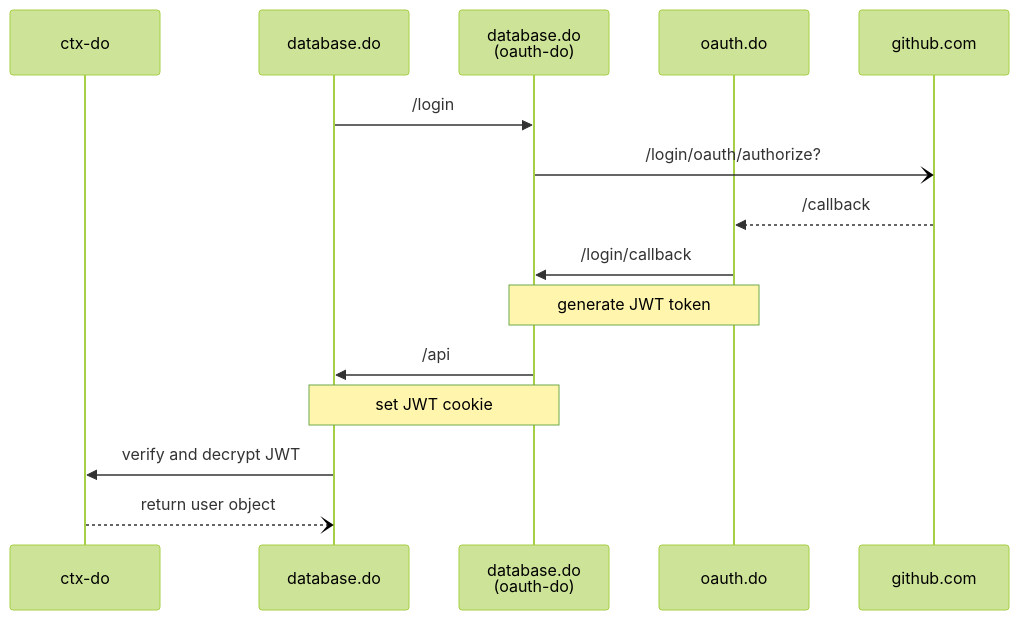
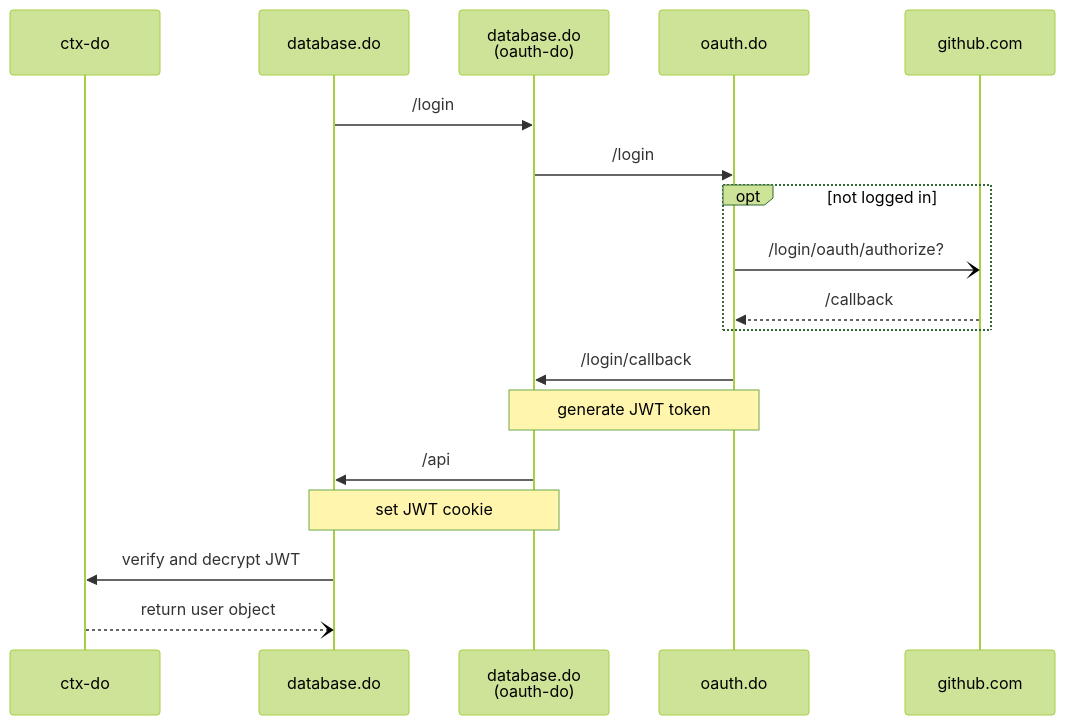
Before and after one commit to drivly/oauth.do: the diagram in README.md, drawn with Mermaid (forest theme). The commit also changed 1 other file, not shown here.

Commit message:
Set issuer & update docs

````diff
--- a/README.md
+++ b/README.md
@@ -9,16 +9,19 @@
 ```mermaid
 sequenceDiagram
   participant C as ctx-do
   participant D as database.do
   participant O as database.do<br/>(oauth-do)
   participant A as oauth.do
   D->>O: /login
-  O-)github.com: /login/oauth/authorize?
-  github.com-->>A: /callback
+  O->>A: /login
+  opt not logged in
+    A-)github.com: /login/oauth/authorize?
+    github.com-->>A: /callback
+  end
   A->>O: /login/callback
   Note over A,O: generate JWT token
   O->>D: /api
   Note over O,D: set JWT cookie
   D->>C: verify and decrypt JWT
   C--)D: return user object
 ```
````
